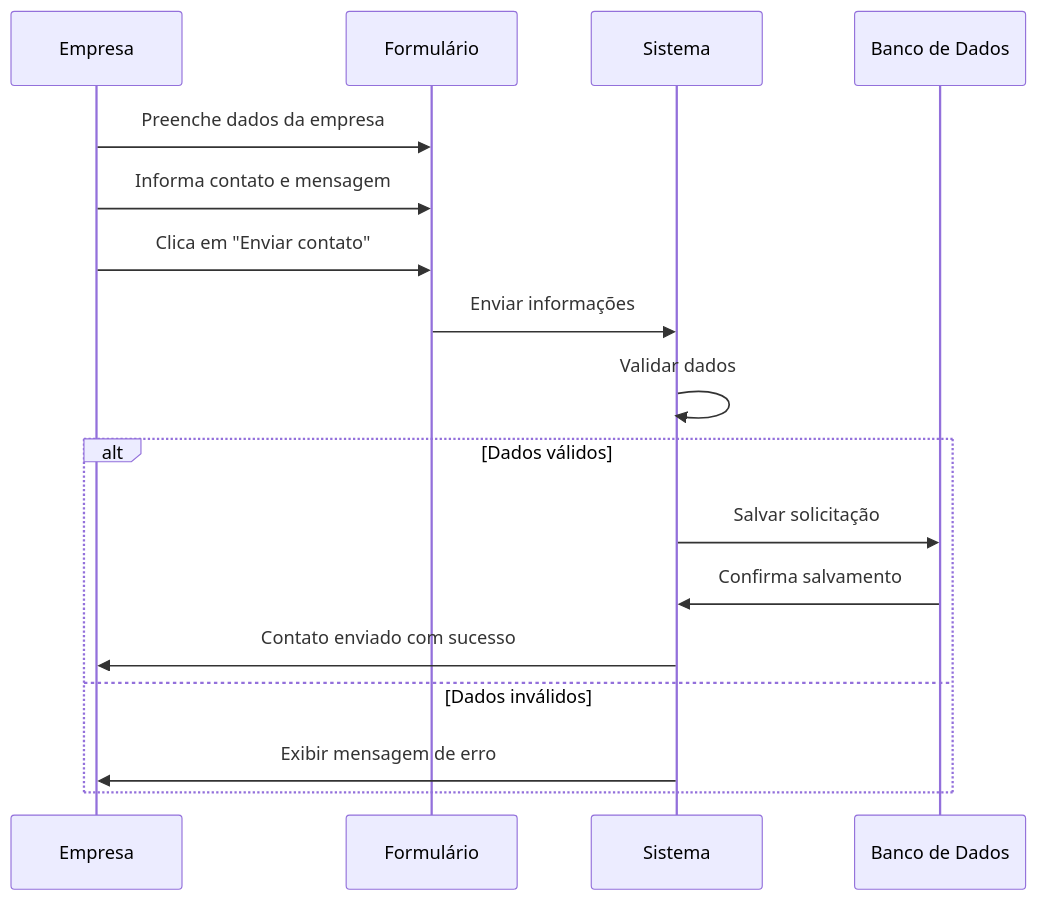
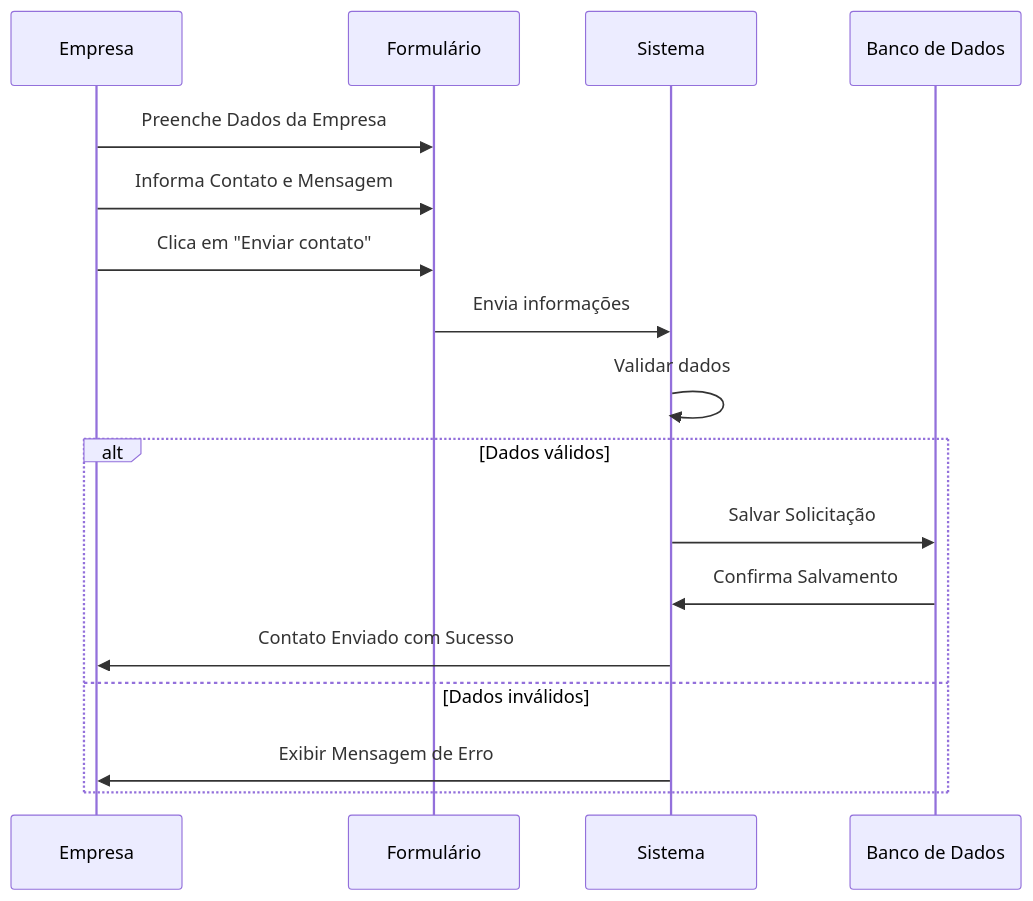
Before and after one commit to ligiaoliveira/Casa-dos-Gatos: the tenth of 12 diagrams in README.md, drawn with Mermaid. The commit also changed other lines of this file, not shown here.

````diff
--- a/README.md
+++ b/README.md
@@ -431,21 +432,22 @@
 ```mermaid
 sequenceDiagram
     participant E as Empresa
     participant F as Formulário
     participant S as Sistema
-    participant BD as Banco de Dados
+    participant B as Banco de Dados
 
-    E ->> F: Preenche dados da empresa
-    E ->> F: Informa contato e mensagem
-    E ->> F: Clica em "Enviar contato"
-    F ->> S: Enviar informações
-    S ->> S: Validar dados
+    E->>F: Preenche Dados da Empresa
+    E->>F: Informa Contato e Mensagem
+    E->>F: Clica em "Enviar contato"
+    F->>S: Envia informações
+    S->>S: Validar dados
 
     alt Dados válidos
-        S ->> BD: Salvar solicitação
-        BD ->> S: Confirma salvamento
-        S ->> E: Contato enviado com sucesso
+        S->>B: Salvar Solicitação
+        B->>S: Confirma Salvamento
+        S->>E: Contato Enviado com Sucesso
+        
     else Dados inválidos
-        S ->> E: Exibir mensagem de erro
+        S ->> E: Exibir Mensagem de Erro
     end
 ```
````
